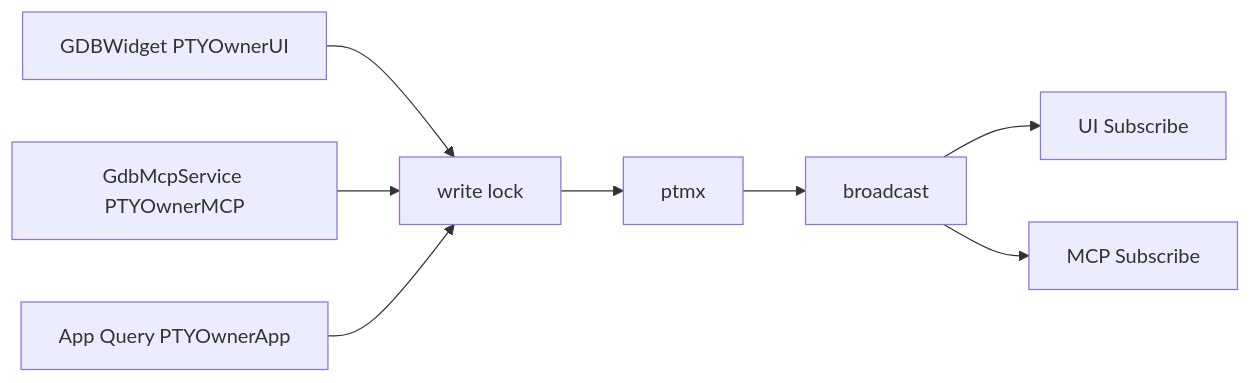
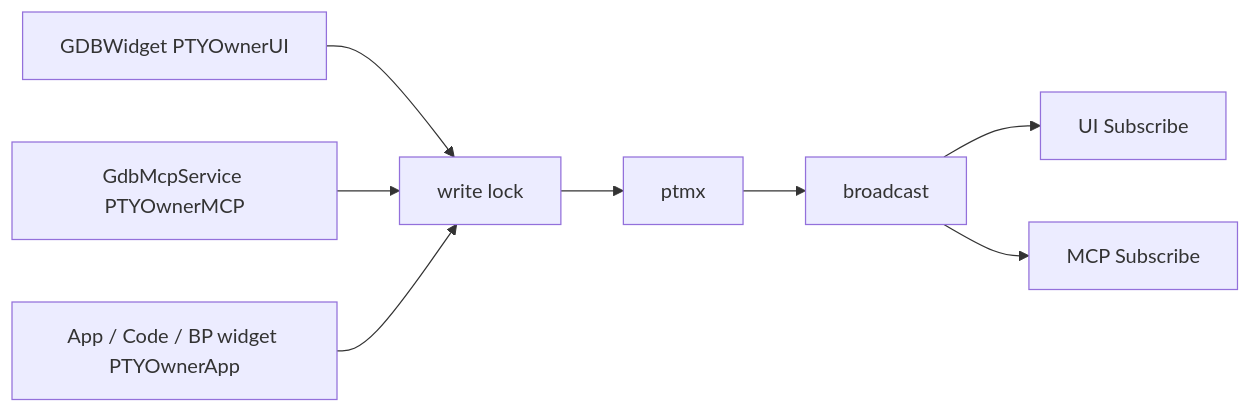
One commit to yairgd/gdbforge changed the second of 5 diagrams in docs/DEBUGGER_INTEGRATION.md. Above: the diagram before and after it, drawn with Mermaid. The commit also changed other lines of this file and 30 other files, not shown here.

First line of the commit message:
Add breakpoint pane and CodeWidget Space toggle with GDB sync.

````diff
--- a/docs/DEBUGGER_INTEGRATION.md
+++ b/docs/DEBUGGER_INTEGRATION.md
@@ -140,14 +141,14 @@
 ```mermaid
 flowchart LR
   UI["GDBWidget PTYOwnerUI"]
   MCP["GdbMcpService PTYOwnerMCP"]
-  App["App Query PTYOwnerApp"]
+  App["App / Code / BP widget PTYOwnerApp"]
   Lock["write lock"]
   UI --> Lock
   MCP --> Lock
   App --> Lock
   Lock --> PTMX["ptmx"]
   PTMX --> Fan["broadcast"]
   Fan --> ChUI["UI Subscribe"]
   Fan --> ChMCP["MCP Subscribe"]
 ```
````
